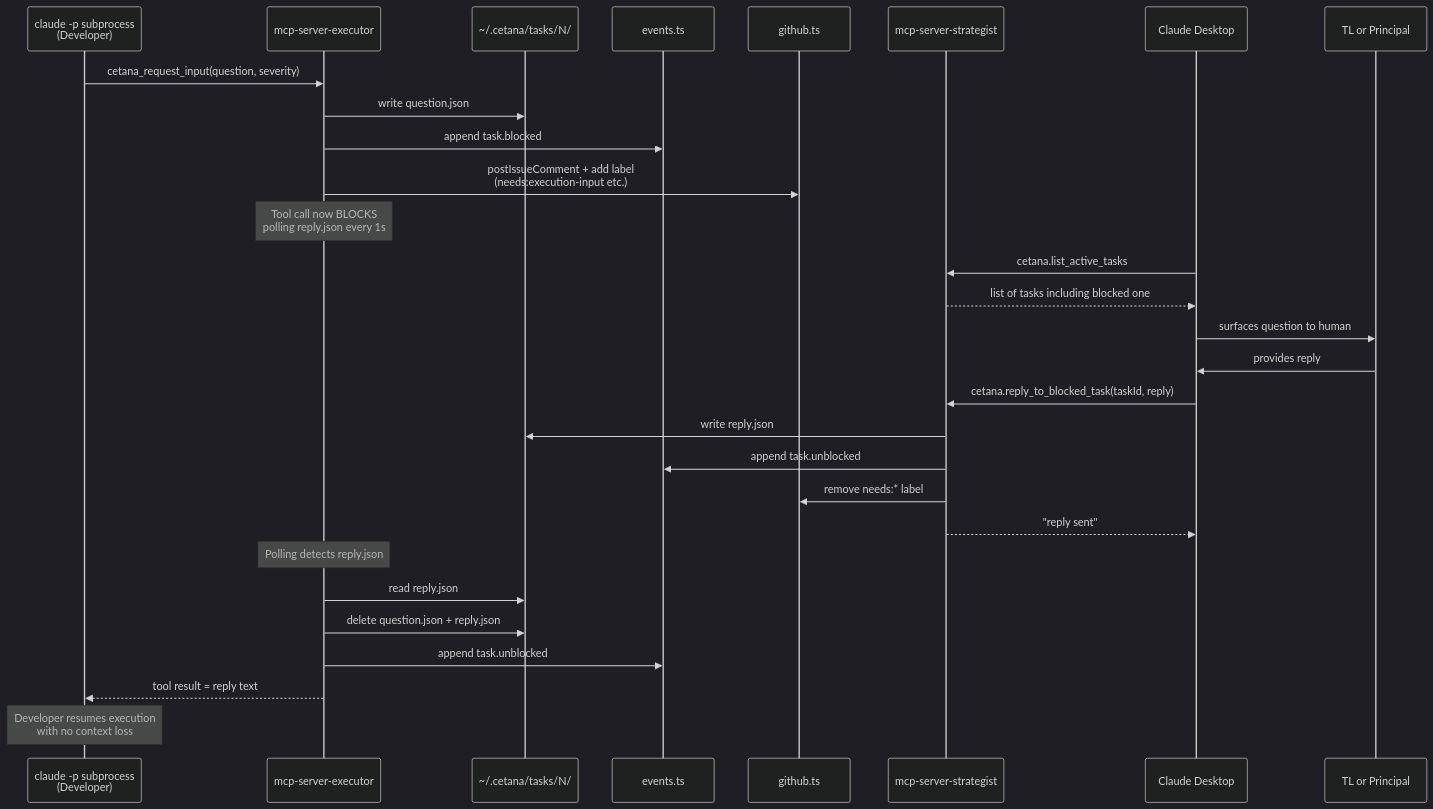
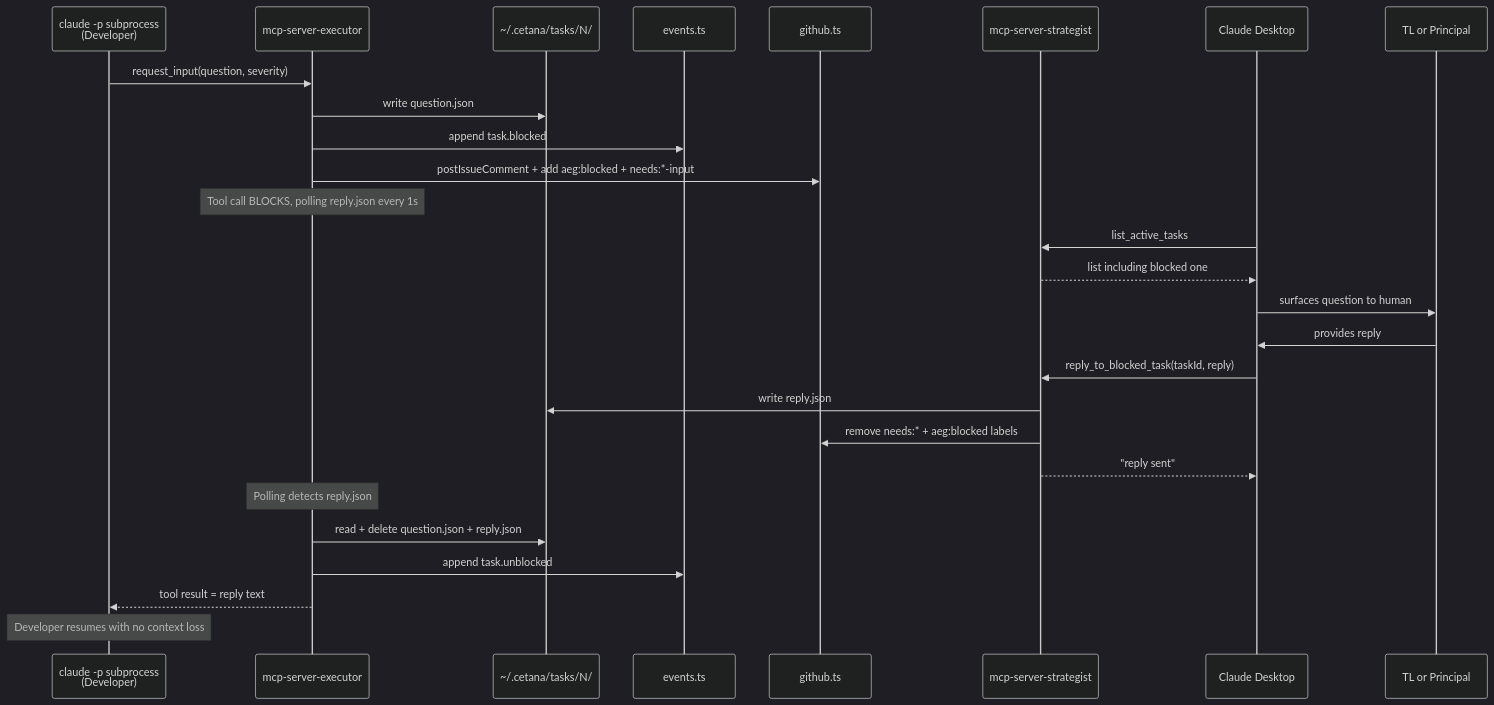
One commit to atta-labs/attalabs changed the fourth of 8 diagrams in project-management/diagrams/system-architecture.md. Above: the diagram before and after it, drawn with Mermaid (dark theme). The commit also changed other lines of this file, not shown here.

````diff
--- a/project-management/diagrams/system-architecture.md
+++ b/project-management/diagrams/system-architecture.md
@@ -183,35 +177,33 @@
 ```mermaid
 sequenceDiagram
     participant Claude as claude -p subprocess<br/>(Developer)
     participant ExecSrv as mcp-server-executor
     participant FS as ~/.cetana/tasks/N/
     participant Events as events.ts
     participant Github as github.ts
     participant StratSrv as mcp-server-strategist
     participant Desktop as Claude Desktop
     participant Responder as TL or Principal
 
-    Claude->>ExecSrv: cetana_request_input(question, severity)
+    Claude->>ExecSrv: request_input(question, severity)
     ExecSrv->>FS: write question.json
     ExecSrv->>Events: append task.blocked
-    ExecSrv->>Github: postIssueComment + add label<br/>(needs:execution-input etc.)
-    Note over ExecSrv: Tool call now BLOCKS<br/>polling reply.json every 1s
+    ExecSrv->>Github: postIssueComment + add aeg:blocked + needs:*-input
+    Note over ExecSrv: Tool call BLOCKS, polling reply.json every 1s
 
-    Desktop->>StratSrv: cetana.list_active_tasks
-    StratSrv-->>Desktop: list of tasks including blocked one
+    Desktop->>StratSrv: list_active_tasks
+    StratSrv-->>Desktop: list including blocked one
     Desktop->>Responder: surfaces question to human
     Responder->>Desktop: provides reply
-    Desktop->>StratSrv: cetana.reply_to_blocked_task(taskId, reply)
+    Desktop->>StratSrv: reply_to_blocked_task(taskId, reply)
     StratSrv->>FS: write reply.json
-    StratSrv->>Events: append task.unblocked
-    StratSrv->>Github: remove needs:* label
+    StratSrv->>Github: remove needs:* + aeg:blocked labels
     StratSrv-->>Desktop: "reply sent"
 
     Note over ExecSrv: Polling detects reply.json
-    ExecSrv->>FS: read reply.json
-    ExecSrv->>FS: delete question.json + reply.json
+    ExecSrv->>FS: read + delete question.json + reply.json
     ExecSrv->>Events: append task.unblocked
     ExecSrv-->>Claude: tool result = reply text
 
-    Note over Claude: Developer resumes execution<br/>with no context loss
+    Note over Claude: Developer resumes with no context loss
 ```
````
